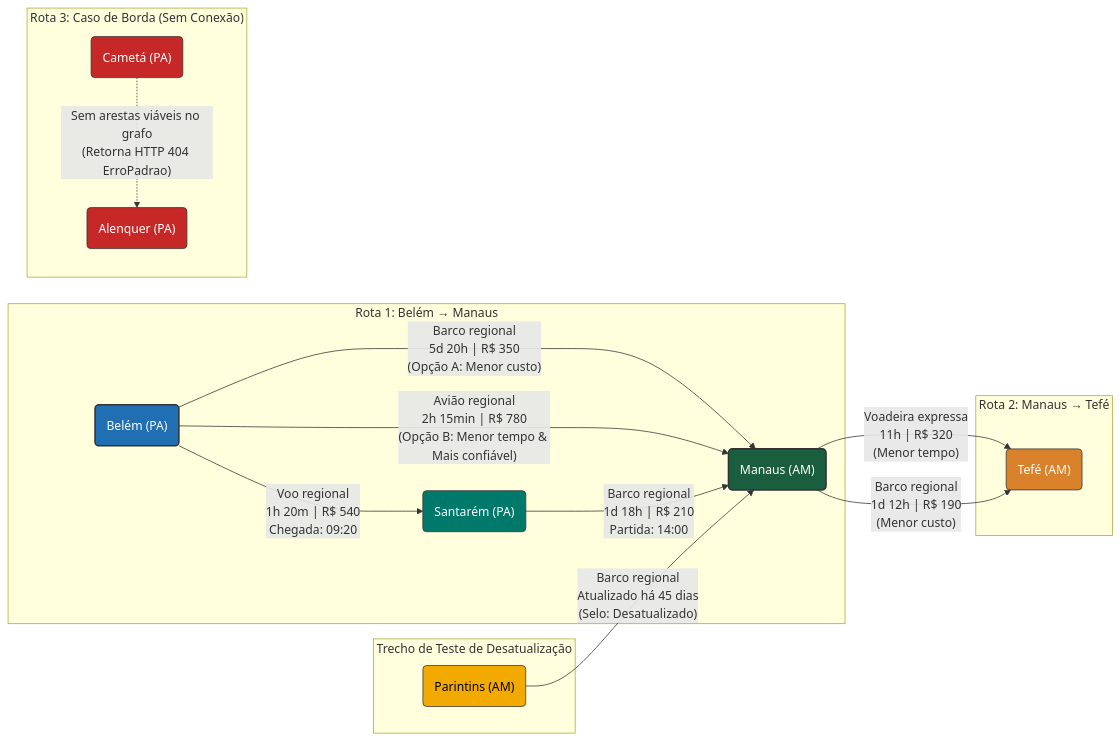
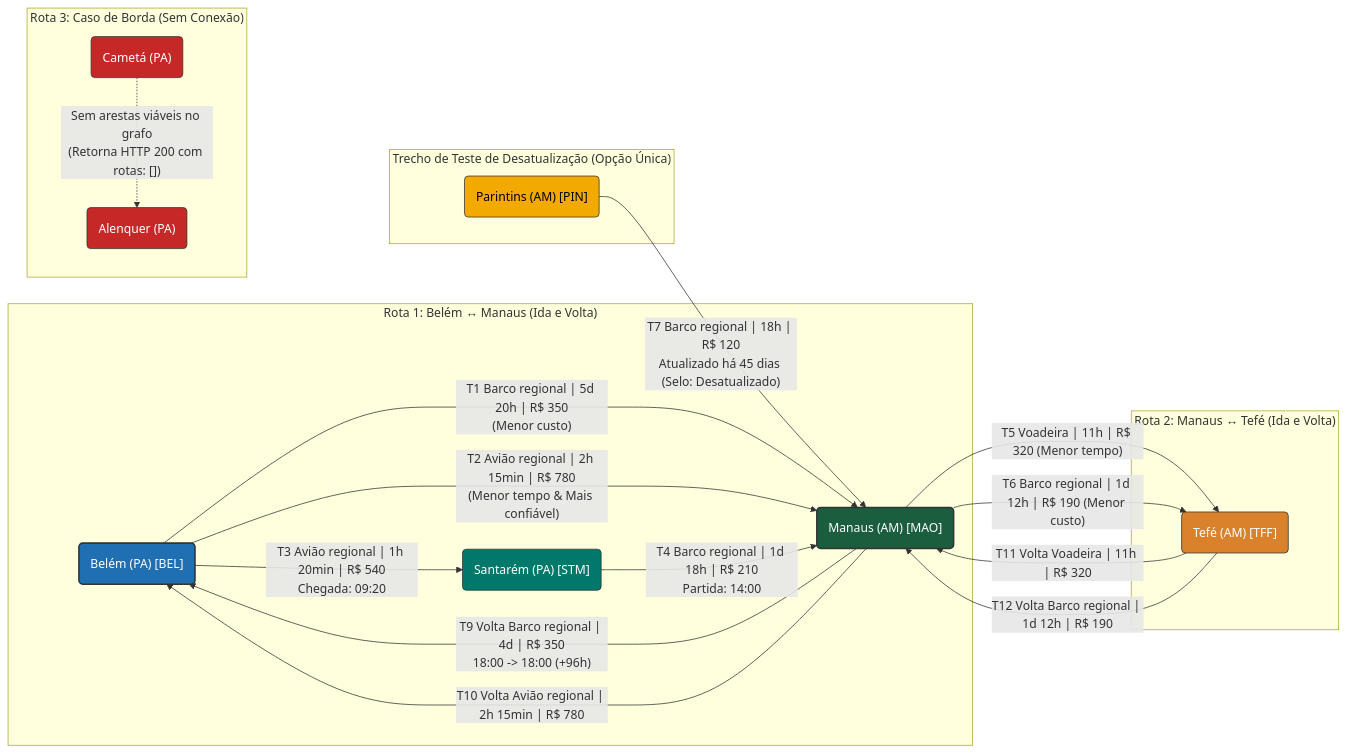
The second of 3 diagrams in docs/diagramas_database.md (CesarRibeiroab/Embarque-Amazonia), drawn with Mermaid before and after one commit. The commit also changed other lines of this file and 1 other file, not shown here.

Commit message:
docs(db): sync ERD and graph diagrams, add read-only mostrar_dados script

````diff
--- a/docs/diagramas_database.md
+++ b/docs/diagramas_database.md
@@ -113,38 +117,43 @@
 ```mermaid
 graph LR
-    subgraph "Rota 1: Belém → Manaus"
-        BEL("Belém (PA)")
-        STM("Santarém (PA)")
-        MAO("Manaus (AM)")
+    subgraph "Rota 1: Belém ↔ Manaus (Ida e Volta)"
+        BEL("Belém (PA) [BEL]")
+        STM("Santarém (PA) [STM]")
+        MAO("Manaus (AM) [MAO]")
 
-        BEL -->|"Barco regional<br/>5d 20h | R$ 350<br/>(Opção A: Menor custo)"| MAO
-        BEL -->|"Avião regional<br/>2h 15min | R$ 780<br/>(Opção B: Menor tempo & Mais confiável)"| MAO
-        BEL -->|"Voo regional<br/>1h 20m | R$ 540<br/>Chegada: 09:20"| STM
-        STM -->|"Barco regional<br/>1d 18h | R$ 210<br/>Partida: 14:00"| MAO
+        BEL -->|"T1 Barco regional | 5d 20h | R$ 350<br/>(Menor custo)"| MAO
+        BEL -->|"T2 Avião regional | 2h 15min | R$ 780<br/>(Menor tempo & Mais confiável)"| MAO
+        BEL -->|"T3 Avião regional | 1h 20min | R$ 540<br/>Chegada: 09:20"| STM
+        STM -->|"T4 Barco regional | 1d 18h | R$ 210<br/>Partida: 14:00"| MAO
+
+        MAO -->|"T9 Volta Barco regional | 4d | R$ 350<br/>18:00 -> 18:00 (+96h)"| BEL
+        MAO -->|"T10 Volta Avião regional | 2h 15min | R$ 780"| BEL
     end
 
-    subgraph "Rota 2: Manaus → Tefé"
-        TEF("Tefé (AM)")
-        MAO -->|"Voadeira expressa<br/>11h | R$ 320<br/>(Menor tempo)"| TEF
-        MAO -->|"Barco regional<br/>1d 12h | R$ 190<br/>(Menor custo)"| TEF
+    subgraph "Rota 2: Manaus ↔ Tefé (Ida e Volta)"
+        TEF("Tefé (AM) [TFF]")
+        MAO -->|"T5 Voadeira | 11h | R$ 320 (Menor tempo)"| TEF
+        MAO -->|"T6 Barco regional | 1d 12h | R$ 190 (Menor custo)"| TEF
+        TEF -->|"T11 Volta Voadeira | 11h | R$ 320"| MAO
+        TEF -->|"T12 Volta Barco regional | 1d 12h | R$ 190"| MAO
     end
 
     subgraph "Rota 3: Caso de Borda (Sem Conexão)"
         CAM("Cametá (PA)")
         ALQ("Alenquer (PA)")
-        CAM -.->|"Sem arestas viáveis no grafo<br/>(Retorna HTTP 404 ErroPadrao)"| ALQ
+        CAM -.->|"Sem arestas viáveis no grafo<br/>(Retorna HTTP 200 com rotas: [])"| ALQ
     end
 
-    subgraph "Trecho de Teste de Desatualização"
-        PIN("Parintins (AM)")
-        PIN -->|"Barco regional<br/>Atualizado há 45 dias<br/>(Selo: Desatualizado)"| MAO
+    subgraph "Trecho de Teste de Desatualização (Opção Única)"
+        PIN("Parintins (AM) [PIN]")
+        PIN -->|"T7 Barco regional | 18h | R$ 120<br/>Atualizado há 45 dias (Selo: Desatualizado)"| MAO
     end
 
     style BEL fill:#1F6FB2,stroke:#333,stroke-width:2px,color:#fff
     style MAO fill:#1B5E3F,stroke:#333,stroke-width:2px,color:#fff
     style STM fill:#00796B,stroke:#333,stroke-width:1px,color:#fff
     style TEF fill:#D9822B,stroke:#333,stroke-width:1px,color:#fff
     style CAM fill:#C62828,stroke:#333,stroke-width:1px,color:#fff
     style ALQ fill:#C62828,stroke:#333,stroke-width:1px,color:#fff
     style PIN fill:#F2A900,stroke:#333,stroke-width:1px,color:#000
 ```
````
